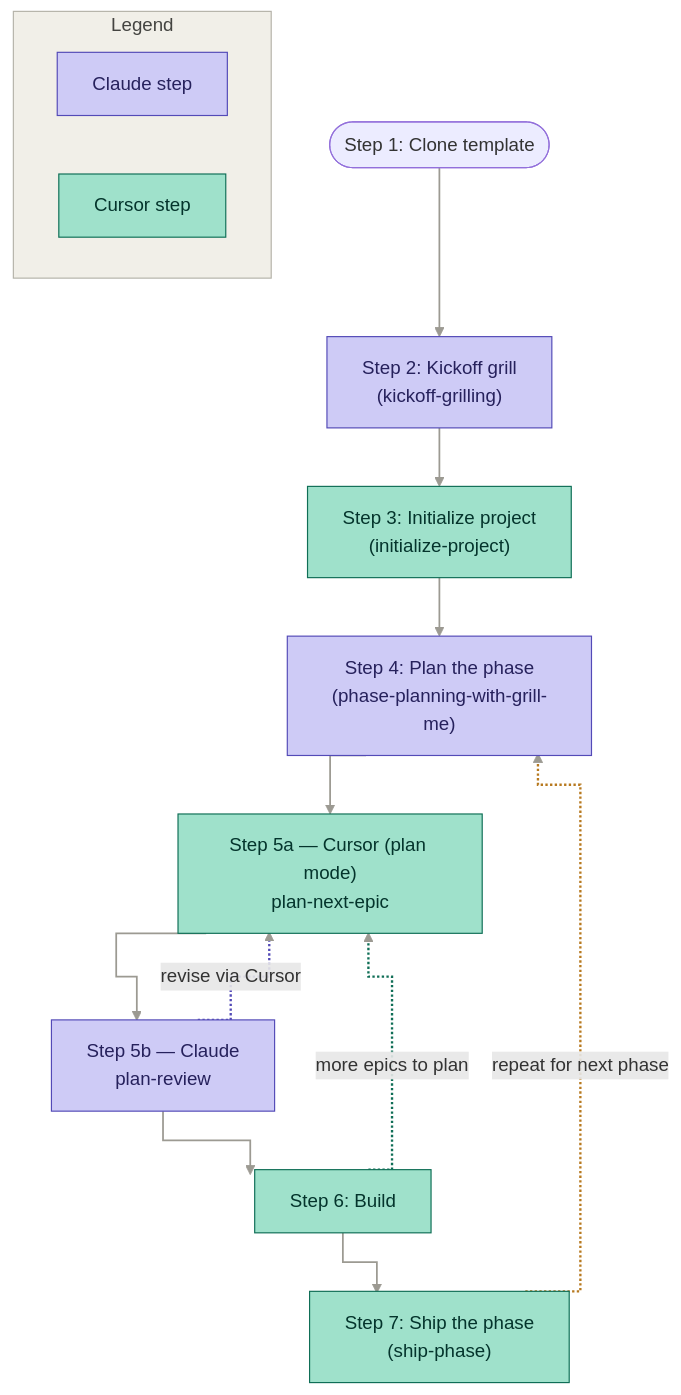
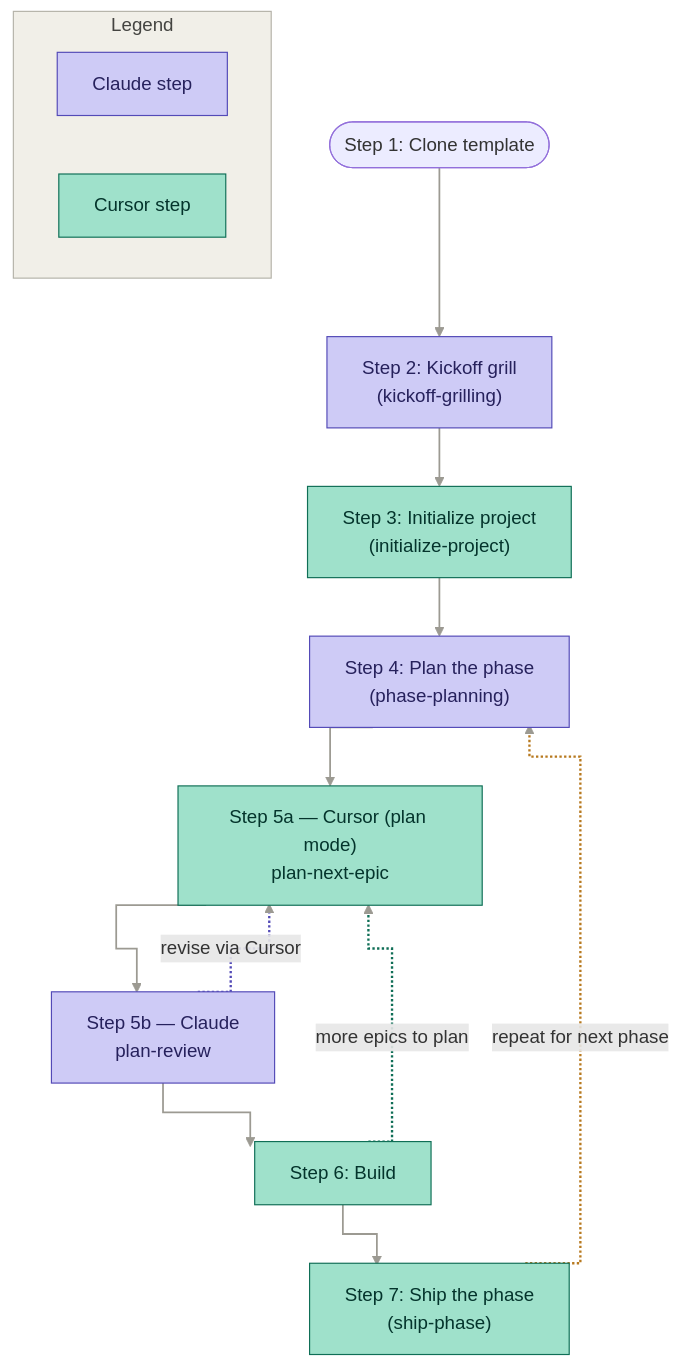
Before and after one commit to aaronwllms/seminova: the diagram in docs/WORKFLOW_GUIDE.md, drawn with Mermaid. The commit also changed other lines of this file and 1 other file, not shown here.

First line of the commit message:
docs: rename phase-planning-with-grill-me to phase-planning

````diff
--- a/docs/WORKFLOW_GUIDE.md
+++ b/docs/WORKFLOW_GUIDE.md
@@ -119,35 +119,35 @@
 ```mermaid
 %%{init: {'flowchart': {'curve': 'stepAfter'}}}%%
 flowchart TD
     Start(["Step 1: Clone template"])
     KG["Step 2: Kickoff grill<br/>(kickoff-grilling)"]
     IP["Step 3: Initialize project<br/>(initialize-project)"]
-    PP["Step 4: Plan the phase<br/>(phase-planning-with-grill-me)"]
+    PP["Step 4: Plan the phase<br/>(phase-planning)"]
     P5["Step 5a — Cursor (plan mode)<br/>plan-next-epic"]
     R5["Step 5b — Claude<br/>plan-review"]
     BD["Step 6: Build"]
     SP["Step 7: Ship the phase<br/>(ship-phase)"]
 
     Start --> KG --> IP --> PP --> P5 --> R5 --> BD --> SP
     R5 -.->|"revise via Cursor"| P5
     BD -.->|"more epics to plan"| P5
     SP -.->|"repeat for next phase"| PP
 
     subgraph Legend["Legend"]
         direction LR
         L1["Claude step"]
         L2["Cursor step"]
     end
 
     classDef claudeStep fill:#CECBF6,stroke:#534AB7,color:#26215C
     classDef cursorStep fill:#9FE1CB,stroke:#0F6E56,color:#04342C
     class KG,PP,R5 claudeStep
     class IP,BD,SP,P5 cursorStep
     class L1 claudeStep
     class L2 cursorStep
     style Legend fill:#F1EFE8,stroke:#B4B2A9,color:#444441
     linkStyle default stroke:#9c9a92,stroke-width:1.5px
     linkStyle 7 stroke:#534AB7,stroke-width:2px
     linkStyle 8 stroke:#0F6E56,stroke-width:2px
     linkStyle 9 stroke:#B7791F,stroke-width:2px
 ```
````
